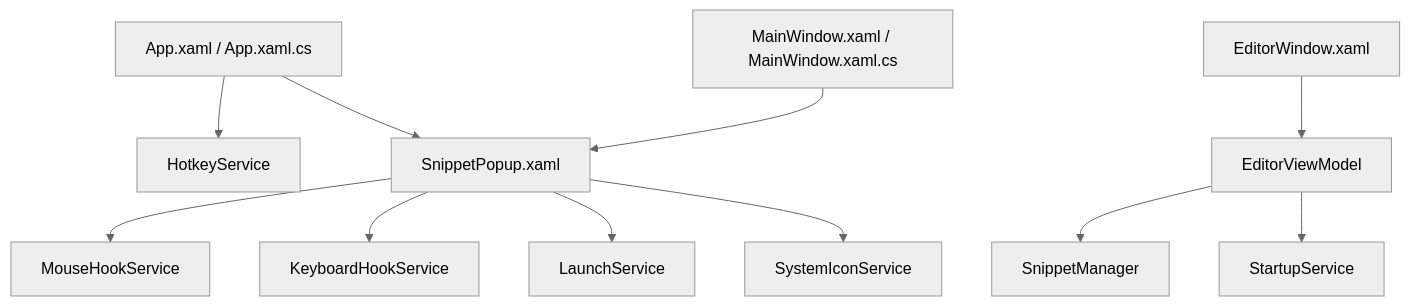
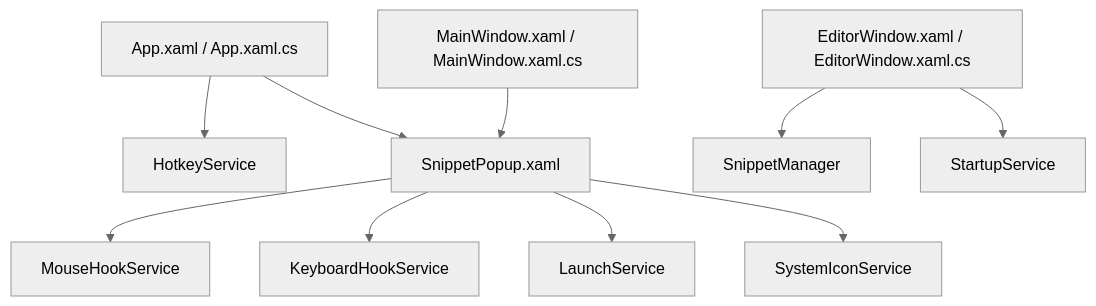
One commit to hamano1204/teritama-launcher changed the diagram in design_document.md. Above: the diagram before and after it, drawn with Mermaid (neutral theme). The commit also changed other lines of this file and 1 other file, not shown here.

````diff
--- a/design_document.md
+++ b/design_document.md
@@ -28,15 +28,14 @@
 ```mermaid
 graph TD
     App[App.xaml / App.xaml.cs] --> HotkeyService[HotkeyService]
     App --> SnippetPopup[SnippetPopup.xaml]
     MainWindow[MainWindow.xaml / MainWindow.xaml.cs] --> SnippetPopup
     
-    EditorWindow[EditorWindow.xaml] --> EditorViewModel[EditorViewModel]
-    EditorViewModel --> SnippetManager[SnippetManager]
-    EditorViewModel --> StartupService[StartupService]
+    EditorWindow[EditorWindow.xaml / EditorWindow.xaml.cs] --> SnippetManager[SnippetManager]
+    EditorWindow --> StartupService[StartupService]
     
     SnippetPopup --> MouseHookService[MouseHookService]
     SnippetPopup --> KeyboardHookService[KeyboardHookService]
     SnippetPopup --> LaunchService[LaunchService]
     SnippetPopup --> SystemIconService[SystemIconService]
 ```
````
